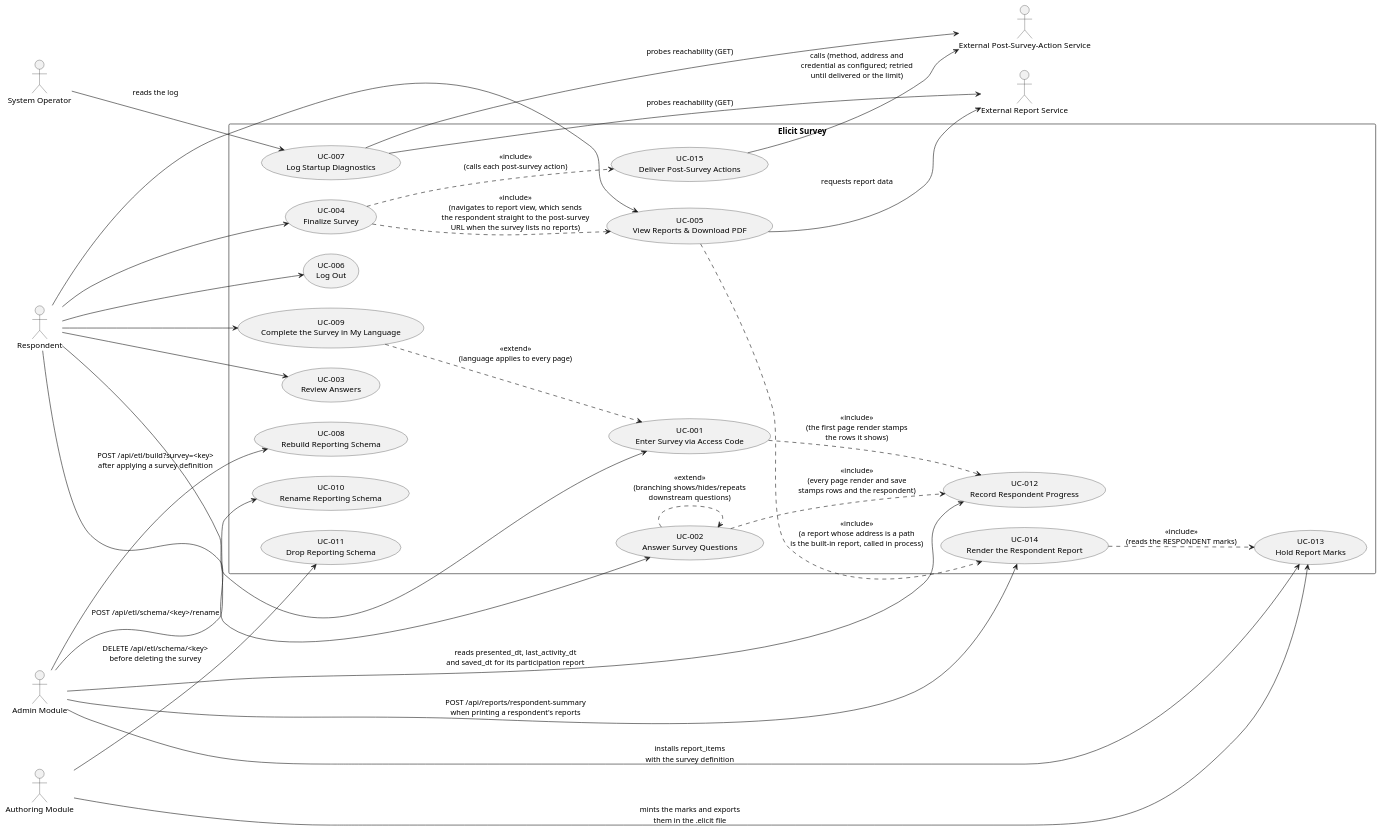
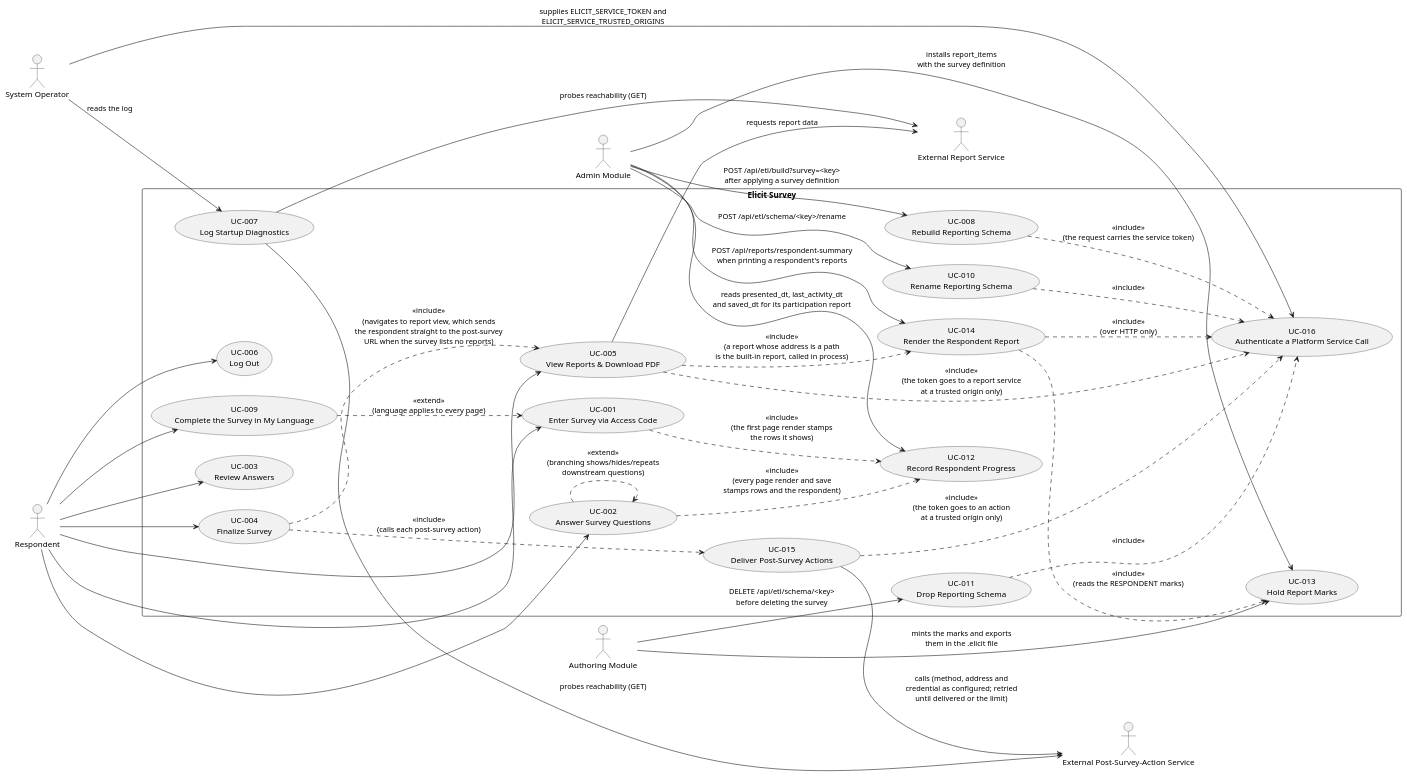
The diagram in docs/use_cases.puml (ElicitSoftware/Survey), drawn with PlantUML before and after one commit. The commit also changed 40 other files, not shown here.

First line of the commit message:
Require the service token on the service API and send it to trusted origins

```diff
--- a/docs/use_cases.puml
+++ b/docs/use_cases.puml
@@ -1,60 +1,69 @@
 @startuml
 left to right direction
 skinparam packageStyle rectangle
 
 actor "Respondent" as Respondent
 actor "External Report Service" as ReportSvc
 actor "External Post-Survey-Action Service" as PsaSvc
 actor "System Operator" as Operator
 actor "Admin Module" as AdminApp
 actor "Authoring Module" as AuthorApp
 
 rectangle "Elicit Survey" {
   usecase "UC-001\nEnter Survey via Access Code" as UC001
   usecase "UC-002\nAnswer Survey Questions" as UC002
   usecase "UC-003\nReview Answers" as UC003
   usecase "UC-004\nFinalize Survey" as UC004
   usecase "UC-005\nView Reports & Download PDF" as UC005
   usecase "UC-006\nLog Out" as UC006
   usecase "UC-007\nLog Startup Diagnostics" as UC007
   usecase "UC-008\nRebuild Reporting Schema" as UC008
   usecase "UC-009\nComplete the Survey in My Language" as UC009
   usecase "UC-010\nRename Reporting Schema" as UC010
   usecase "UC-011\nDrop Reporting Schema" as UC011
   usecase "UC-012\nRecord Respondent Progress" as UC012
   usecase "UC-013\nHold Report Marks" as UC013
   usecase "UC-014\nRender the Respondent Report" as UC014
   usecase "UC-015\nDeliver Post-Survey Actions" as UC015
+  usecase "UC-016\nAuthenticate a Platform Service Call" as UC016
 }
 
 Respondent --> UC001
 Respondent --> UC002
 Respondent --> UC003
 Respondent --> UC004
 Respondent --> UC005
 Respondent --> UC006
 Operator --> UC007 : reads the log
 AdminApp --> UC008 : POST /api/etl/build?survey=<key>\nafter applying a survey definition
 AdminApp --> UC010 : POST /api/etl/schema/<key>/rename
 AuthorApp --> UC011 : DELETE /api/etl/schema/<key>\nbefore deleting the survey
 Respondent --> UC009
 AdminApp --> UC012 : reads presented_dt, last_activity_dt\nand saved_dt for its participation report
 AdminApp --> UC013 : installs report_items\nwith the survey definition
 AuthorApp --> UC013 : mints the marks and exports\nthem in the .elicit file
 AdminApp --> UC014 : POST /api/reports/respondent-summary\nwhen printing a respondent's reports
 
 UC005 ..> UC014 : <<include>>\n(a report whose address is a path\nis the built-in report, called in process)
 UC014 ..> UC013 : <<include>>\n(reads the RESPONDENT marks)
 UC004 ..> UC005 : <<include>>\n(navigates to report view, which sends\nthe respondent straight to the post-survey\nURL when the survey lists no reports)
 UC009 ..> UC001 : <<extend>>\n(language applies to every page)
 UC002 ..> UC002 : <<extend>>\n(branching shows/hides/repeats\ndownstream questions)
 UC001 ..> UC012 : <<include>>\n(the first page render stamps\nthe rows it shows)
 UC002 ..> UC012 : <<include>>\n(every page render and save\nstamps rows and the respondent)
 
+UC008 ..> UC016 : <<include>>\n(the request carries the service token)
+UC010 ..> UC016 : <<include>>
+UC011 ..> UC016 : <<include>>
+UC014 ..> UC016 : <<include>>\n(over HTTP only)
+UC005 ..> UC016 : <<include>>\n(the token goes to a report service\nat a trusted origin only)
+UC015 ..> UC016 : <<include>>\n(the token goes to an action\nat a trusted origin only)
+Operator --> UC016 : supplies ELICIT_SERVICE_TOKEN and\nELICIT_SERVICE_TRUSTED_ORIGINS
+
 UC004 ..> UC015 : <<include>>\n(calls each post-survey action)
 UC015 --> PsaSvc : calls (method, address and\ncredential as configured; retried\nuntil delivered or the limit)
 UC005 --> ReportSvc : requests report data
 UC007 --> ReportSvc : probes reachability (GET)
 UC007 --> PsaSvc : probes reachability (GET)
 
 @enduml
```
